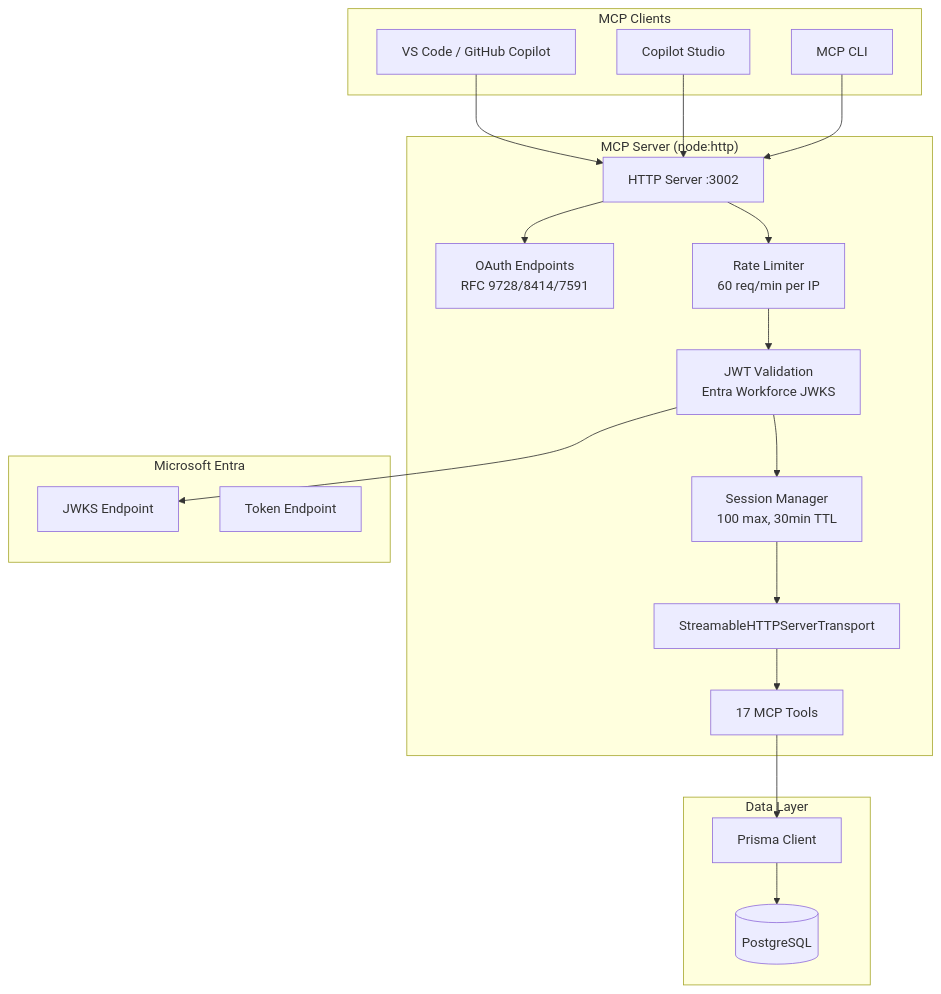
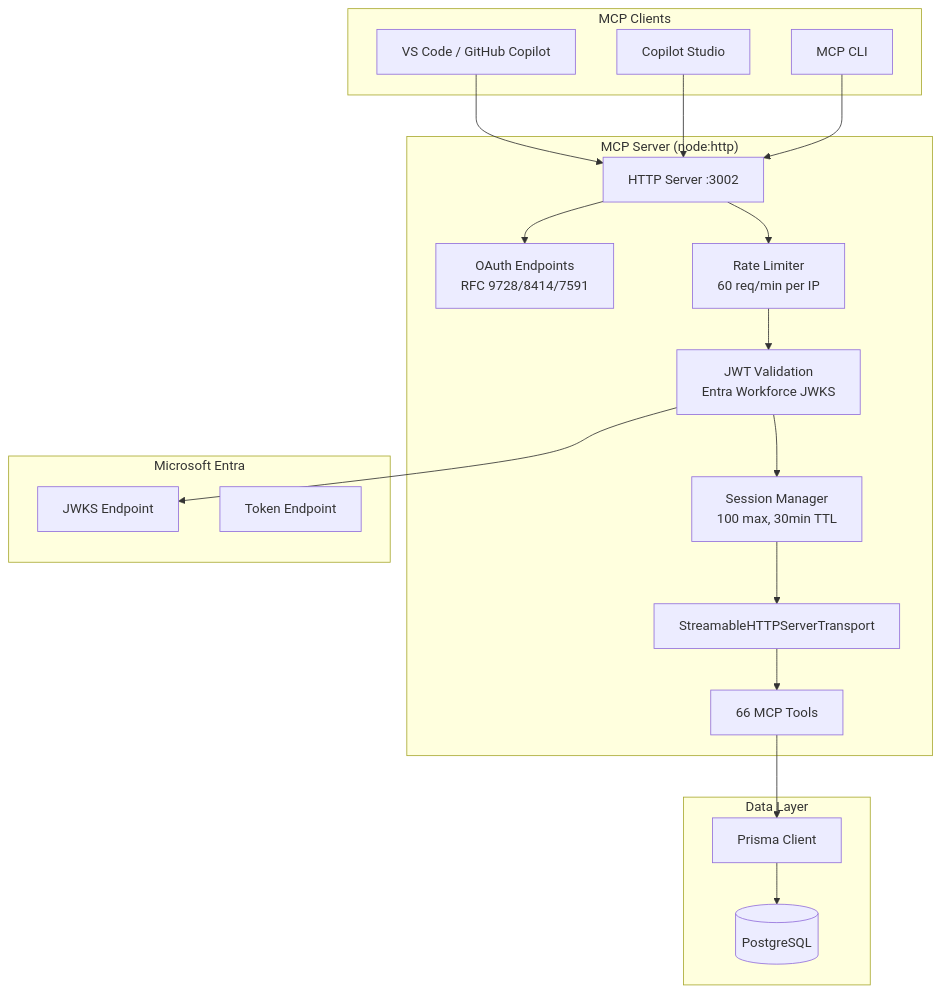
Before and after one commit to Mojo-Up/mju-customerportal-bootstrap: the first of 2 diagrams in docs/mcp-server.md, drawn with Mermaid. The commit also changed other lines of this file and 37 other files, not shown here.

````diff
--- a/docs/mcp-server.md
+++ b/docs/mcp-server.md
@@ -11,42 +11,42 @@
 ```mermaid
 graph TD
     subgraph Clients["MCP Clients"]
         VS[VS Code / GitHub Copilot]
         CS[Copilot Studio]
         CLI[MCP CLI]
     end
 
     subgraph MCP["MCP Server (node:http)"]
         HTTP[HTTP Server :3002]
         OAuth["OAuth Endpoints<br/>RFC 9728/8414/7591"]
         Auth[JWT Validation<br/>Entra Workforce JWKS]
         RL[Rate Limiter<br/>60 req/min per IP]
         SM[Session Manager<br/>100 max, 30min TTL]
         Transport[StreamableHTTPServerTransport]
-        Tools[17 MCP Tools]
+        Tools[66 MCP Tools]
     end
 
     subgraph Data["Data Layer"]
         Prisma[Prisma Client]
         DB[(PostgreSQL)]
     end
 
     subgraph Entra["Microsoft Entra"]
         JWKS[JWKS Endpoint]
         Token[Token Endpoint]
     end
 
     VS --> HTTP
     CS --> HTTP
     CLI --> HTTP
 
     HTTP --> OAuth
     HTTP --> RL
     RL --> Auth
     Auth --> JWKS
     Auth --> SM
     SM --> Transport
     Transport --> Tools
     Tools --> Prisma
     Prisma --> DB
 ```
````
